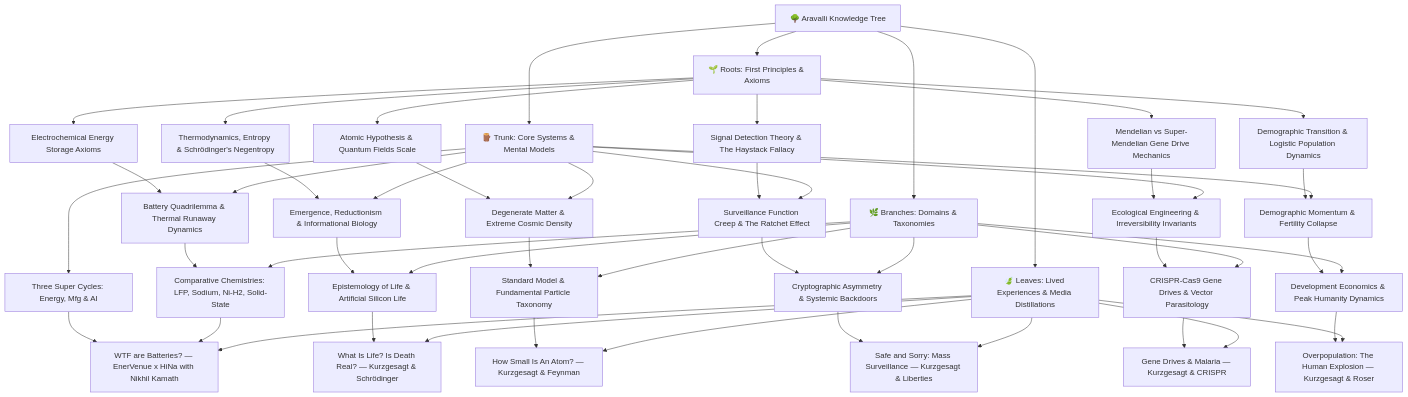
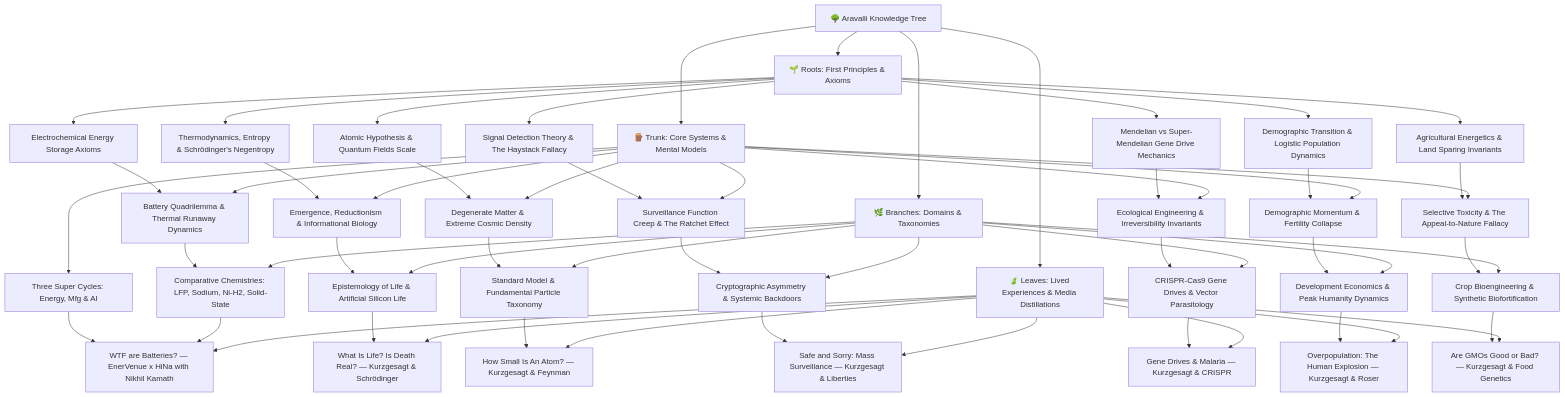
One commit to vs00918/aravalli changed the diagram in README.md. Above: the diagram before and after it, drawn with Mermaid. The commit also changed other lines of this file and 6 other files, not shown here.

Commit message:
Ingest Kurzgesagt GMOs & Food Genetics: Add Land Sparing Invariants, Selective Toxicity & Crop Bioengineering nodes

````diff
--- a/README.md
+++ b/README.md
@@ -7,61 +7,68 @@
 ```mermaid
 graph TD
     RootNode["🌳 Aravalli Knowledge Tree"] --> Roots["🌱 Roots: First Principles & Axioms"]
     RootNode --> Trunk["🪵 Trunk: Core Systems & Mental Models"]
     RootNode --> Branches["🌿 Branches: Domains & Taxonomies"]
     RootNode --> Leaves["🍃 Leaves: Lived Experiences & Media Distillations"]
 
     %% Roots
     Roots --> R1["Electrochemical Energy Storage Axioms"]
     Roots --> R2["Thermodynamics, Entropy & Schrödinger's Negentropy"]
     Roots --> R3["Atomic Hypothesis & Quantum Fields Scale"]
     Roots --> R4["Signal Detection Theory & The Haystack Fallacy"]
     Roots --> R5["Mendelian vs Super-Mendelian Gene Drive Mechanics"]
     Roots --> R6["Demographic Transition & Logistic Population Dynamics"]
+    Roots --> R7["Agricultural Energetics & Land Sparing Invariants"]
 
     %% Trunk
     Trunk --> T1["Battery Quadrilemma & Thermal Runaway Dynamics"]
     Trunk --> T2["Three Super Cycles: Energy, Mfg & AI"]
     Trunk --> T3["Emergence, Reductionism & Informational Biology"]
     Trunk --> T4["Degenerate Matter & Extreme Cosmic Density"]
     Trunk --> T5["Surveillance Function Creep & The Ratchet Effect"]
     Trunk --> T6["Ecological Engineering & Irreversibility Invariants"]
     Trunk --> T7["Demographic Momentum & Fertility Collapse"]
+    Trunk --> T8["Selective Toxicity & The Appeal-to-Nature Fallacy"]
 
     %% Branches
     Branches --> B1["Comparative Chemistries: LFP, Sodium, Ni-H2, Solid-State"]
     Branches --> B2["Epistemology of Life & Artificial Silicon Life"]
     Branches --> B3["Standard Model & Fundamental Particle Taxonomy"]
     Branches --> B4["Cryptographic Asymmetry & Systemic Backdoors"]
     Branches --> B5["CRISPR-Cas9 Gene Drives & Vector Parasitology"]
     Branches --> B6["Development Economics & Peak Humanity Dynamics"]
+    Branches --> B7["Crop Bioengineering & Synthetic Biofortification"]
 
     %% Leaves
     Leaves --> L1["WTF are Batteries? — EnerVenue x HiNa with Nikhil Kamath"]
     Leaves --> L2["What Is Life? Is Death Real? — Kurzgesagt & Schrödinger"]
     Leaves --> L3["How Small Is An Atom? — Kurzgesagt & Feynman"]
     Leaves --> L4["Safe and Sorry: Mass Surveillance — Kurzgesagt & Liberties"]
     Leaves --> L5["Gene Drives & Malaria — Kurzgesagt & CRISPR"]
     Leaves --> L6["Overpopulation: The Human Explosion — Kurzgesagt & Roser"]
+    Leaves --> L7["Are GMOs Good or Bad? — Kurzgesagt & Food Genetics"]
 
     %% Cross-Tier Connections
     R1 --> T1
     R2 --> T3
     R3 --> T4
     R4 --> T5
     R5 --> T6
     R6 --> T7
+    R7 --> T8
     T1 --> B1
     T3 --> B2
     T4 --> B3
     T5 --> B4
     T6 --> B5
     T7 --> B6
+    T8 --> B7
     B1 --> L1
     B2 --> L2
     B3 --> L3
     B4 --> L4
     B5 --> L5
     B6 --> L6
+    B7 --> L7
     T2 --> L1
 ```
````
